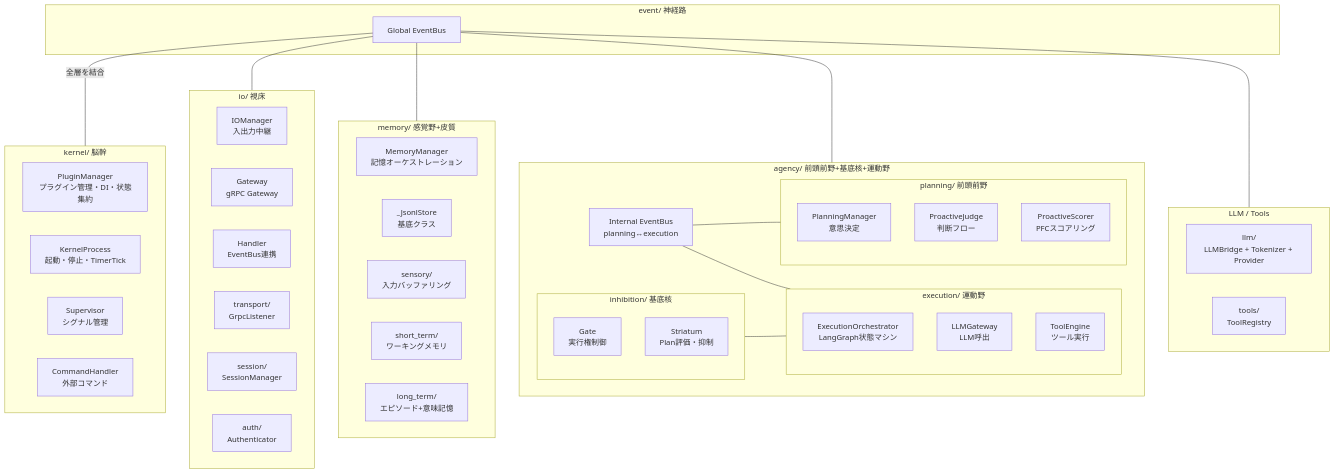
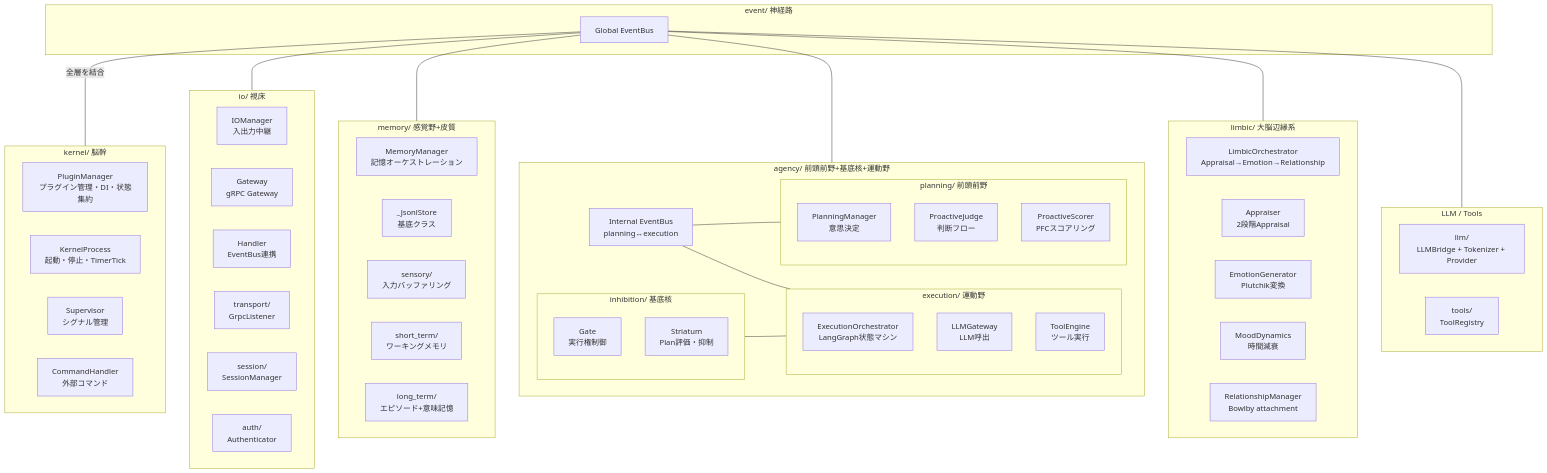
One commit to ibukani/iris-mind changed the first of 4 diagrams in docs/architecture.md. Above: the diagram before and after it, drawn with Mermaid. The commit also changed other lines of this file and 2 other files, not shown here.

Commit message:
docs: Limbic層のドキュメントとarchitecture図・AGENTS.mdを更新

````diff
--- a/docs/architecture.md
+++ b/docs/architecture.md
@@ -9,66 +9,75 @@
 ```mermaid
 flowchart TD
     subgraph Kernel["kernel/ 脳幹"]
         K_Plugin["PluginManager<br/>プラグイン管理・DI・状態集約"]
         K_Process["KernelProcess<br/>起動・停止・TimerTick"]
         K_Supervisor["Supervisor<br/>シグナル管理"]
         K_Command["CommandHandler<br/>外部コマンド"]
     end
 
     subgraph IO["io/ 視床"]
         IO_Manager["IOManager<br/>入出力中継"]
         IO_Gateway["Gateway<br/>gRPC Gateway"]
         IO_Handler["Handler<br/>EventBus連携"]
         IO_Trans["transport/<br/>GrpcListener"]
         IO_Session["session/<br/>SessionManager"]
         IO_Auth["auth/<br/>Authenticator"]
     end
 
     subgraph Memory["memory/ 感覚野+皮質"]
         M_Manager["MemoryManager<br/>記憶オーケストレーション"]
         M_Base["_JsonlStore<br/>基底クラス"]
         M_Sensory["sensory/<br/>入力バッファリング"]
         M_STM["short_term/<br/>ワーキングメモリ"]
         M_LTM["long_term/<br/>エピソード+意味記憶"]
     end
 
     subgraph Agency["agency/ 前頭前野+基底核+運動野"]
         A_Bus["Internal EventBus<br/>planning↔execution"]
 
         subgraph Planning["planning/ 前頭前野"]
             P_Manager["PlanningManager<br/>意思決定"]
             P_Judge["ProactiveJudge<br/>判断フロー"]
             P_Scoring["ProactiveScorer<br/>PFCスコアリング"]
         end
 
         subgraph Inhibition["inhibition/ 基底核"]
             I_Gate["Gate<br/>実行権制御"]
             I_Striatum["Striatum<br/>Plan評価・抑制"]
         end
 
         subgraph Execution["execution/ 運動野"]
             E_Orch["ExecutionOrchestrator<br/>LangGraph状態マシン"]
             E_LLM["LLMGateway<br/>LLM呼出"]
             E_Engine["ToolEngine<br/>ツール実行"]
         end
     end
 
+    subgraph Limbic["limbic/ 大脳辺縁系"]
+        L_Orch["LimbicOrchestrator<br/>Appraisal→Emotion→Relationship"]
+        L_App["Appraiser<br/>2段階Appraisal"]
+        L_Gen["EmotionGenerator<br/>Plutchik変換"]
+        L_Mood["MoodDynamics<br/>時間減衰"]
+        L_Rel["RelationshipManager<br/>Bowlby attachment"]
+    end
+
     subgraph Infra["LLM / Tools"]
         I_LLM["llm/<br/>LLMBridge + Tokenizer + Provider"]
         I_TOOLS["tools/<br/>ToolRegistry"]
     end
 
     subgraph Event["event/ 神経路"]
         EB["Global EventBus"]
     end
 
     EB ---|全層を結合| Kernel
     EB --- IO
     EB --- Memory
     EB --- Agency
+    EB --- Limbic
     EB --- Infra
 
     A_Bus --- Planning
     A_Bus --- Execution
     Inhibition --- Execution
 ```
````
